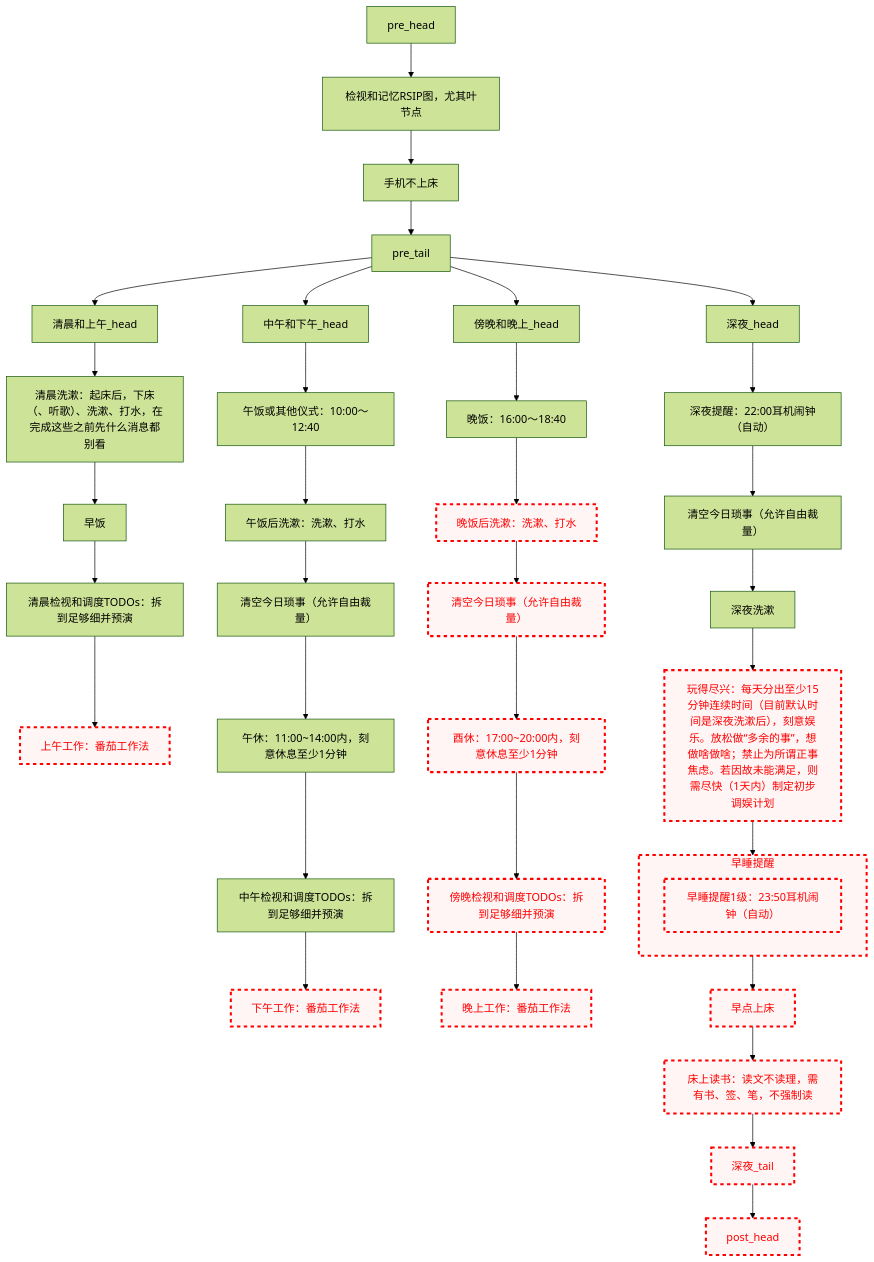
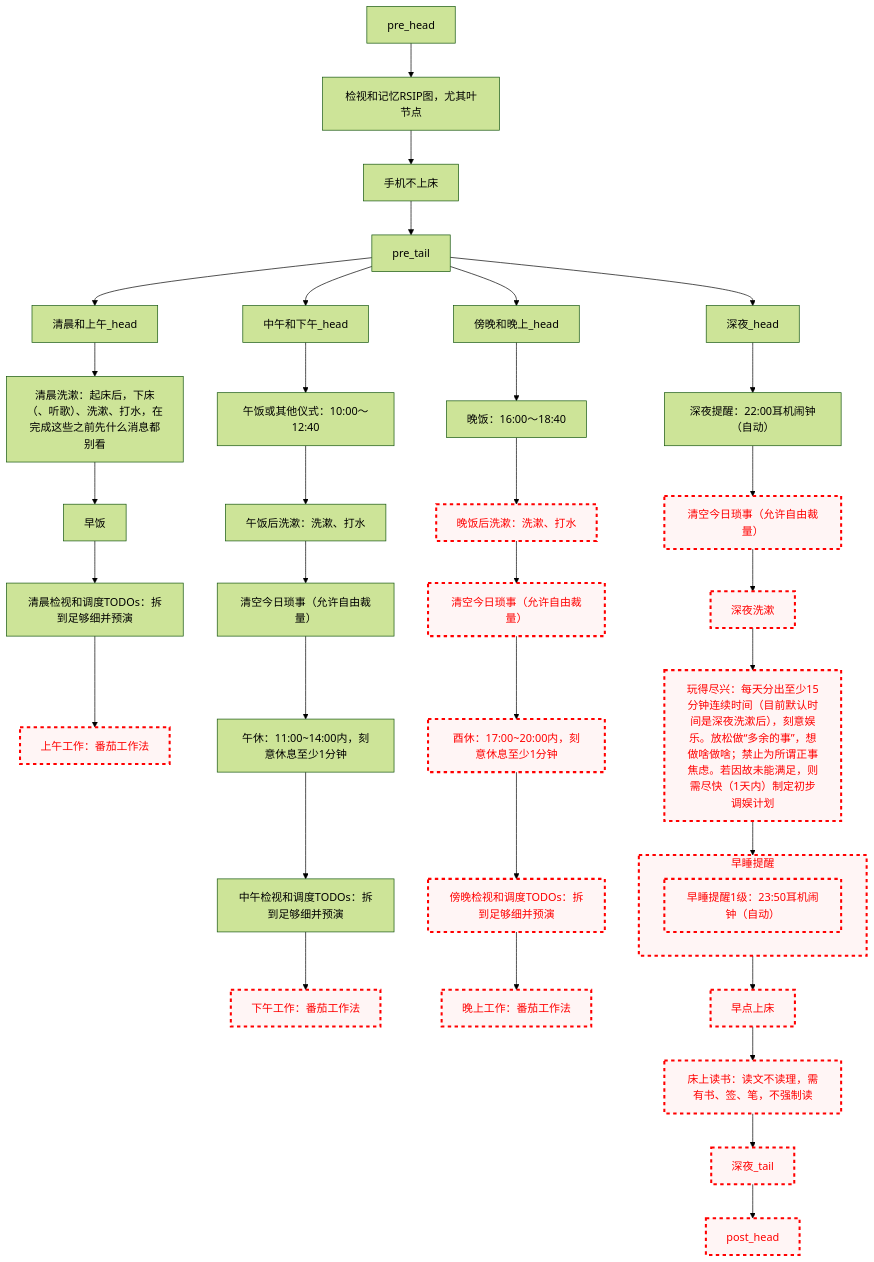
One commit to Ethkuil/RSIP-tree changed the diagram in README.md. Above: the diagram before and after it, drawn with Mermaid (forest theme).

Commit message:
disable 深夜今日琐事

````diff
--- a/README.md
+++ b/README.md
@@ -21,63 +21,65 @@
 ```mermaid
 graph TD
 
 classDef failed stroke:#ff0000, stroke-width:3px, color:#ff0000, fill:#fff5f5, stroke-dasharray: 5
 
 pre_head --> RSIP[检视和记忆RSIP图，尤其叶节点]
 RSIP --> 手机不上床
 手机不上床 --> pre_tail
 
 
 pre_tail --> 清晨和上午_head
 清晨和上午_head --> 清晨洗漱
 清晨洗漱[清晨洗漱：起床后，下床（、听歌）、洗漱、打水，在完成这些之前先什么消息都别看]
 清晨洗漱 --> 早饭
 早饭 --> 清晨看TODO[清晨检视和调度TODOs：拆到足够细并预演]
 清晨看TODO --> 上午工作[上午工作：番茄工作法]
 class 上午工作 failed
 
 pre_tail --> 中午和下午_head
 中午和下午_head --> 午饭[午饭或其他仪式：10:00～12:40]
 午饭 --> 午饭后洗漱[午饭后洗漱：洗漱、打水]
 午饭后洗漱 --> 中午今日琐事[清空今日琐事（允许自由裁量）]
 中午今日琐事 --> 午休[午休：11:00~14:00内，刻意休息至少1分钟]
 午休 --> 中午看TODO[中午检视和调度TODOs：拆到足够细并预演]
 中午看TODO --> 下午工作[下午工作：番茄工作法]
 class 下午工作 failed
 
 pre_tail --> 傍晚和晚上_head
 傍晚和晚上_head --> 晚饭[晚饭：16:00～18:40]
 晚饭 --> 晚饭后洗漱[晚饭后洗漱：洗漱、打水]
 class 晚饭后洗漱 failed
 晚饭后洗漱 --> 傍晚今日琐事[清空今日琐事（允许自由裁量）]
 class 傍晚今日琐事 failed
 傍晚今日琐事 --> 酉休[酉休：17:00~20:00内，刻意休息至少1分钟]
 class 酉休 failed
 酉休 --> 傍晚看TODO[傍晚检视和调度TODOs：拆到足够细并预演]
 class 傍晚看TODO failed
 傍晚看TODO --> 晚上工作[晚上工作：番茄工作法]
 class 晚上工作 failed
 
 pre_tail --> 深夜_head
 深夜_head --> 深夜提醒[深夜提醒：22:00耳机闹钟（自动）]
 深夜提醒 --> 深夜今日琐事[清空今日琐事（允许自由裁量）]
+class 深夜今日琐事 failed
 深夜今日琐事 --> 深夜洗漱
+class 深夜洗漱 failed
 深夜洗漱 --> 玩得尽兴[玩得尽兴：每天分出至少15分钟连续时间（目前默认时间是深夜洗漱后），刻意娱乐。放松做“多余的事”，想做啥做啥；禁止为所谓正事焦虑。若因故未能满足，则需尽快（1天内）制定初步调娱计划]
 class 玩得尽兴 failed
 玩得尽兴 --> 早睡提醒
 subgraph 早睡提醒
   早睡提醒1级[早睡提醒1级：23:50耳机闹钟（自动）]
   class 早睡提醒1级 failed
 end
 class 早睡提醒 failed
 早睡提醒 --> 早点上床
 class 早点上床 failed
 早点上床 --> 床上读书[床上读书：读文不读理，需有书、签、笔，不强制读]
 class 床上读书 failed
 床上读书 --> 深夜_tail
 class 深夜_tail failed
 
 
 深夜_tail --> post_head
 class post_head failed
 ```
````
